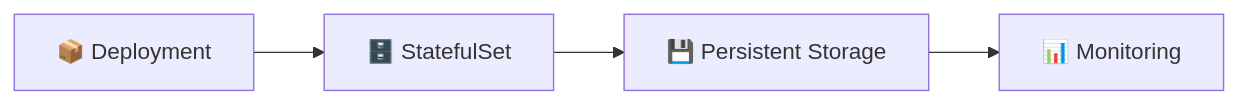
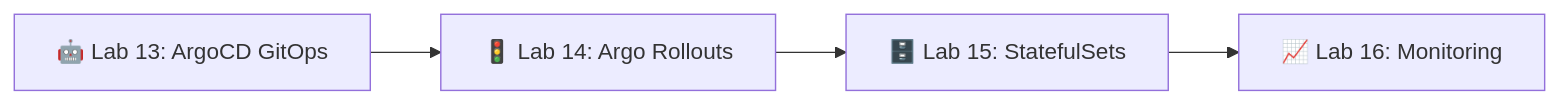
The sixth of 6 diagrams in lectures/lec14.md (inno-devops-labs/DevOps-Core-Course), drawn with Mermaid before and after one commit. The commit also changed other lines of this file and 24 other files, not shown here.

````diff
--- a/lectures/lec14.md
+++ b/lectures/lec14.md
@@ -796,6 +525,6 @@
 ```mermaid
 flowchart LR
-  A[📦 Deployment] --> B[🗄️ StatefulSet]
-  B --> C[💾 Persistent Storage]
-  C --> D[📊 Monitoring]
+  Lab13[🤖 Lab 13: ArgoCD GitOps] --> Lab14[🚦 Lab 14: Argo Rollouts]
+  Lab14 --> Lab15[🗄️ Lab 15: StatefulSets]
+  Lab15 --> Lab16[📈 Lab 16: Monitoring]
 ```
````
